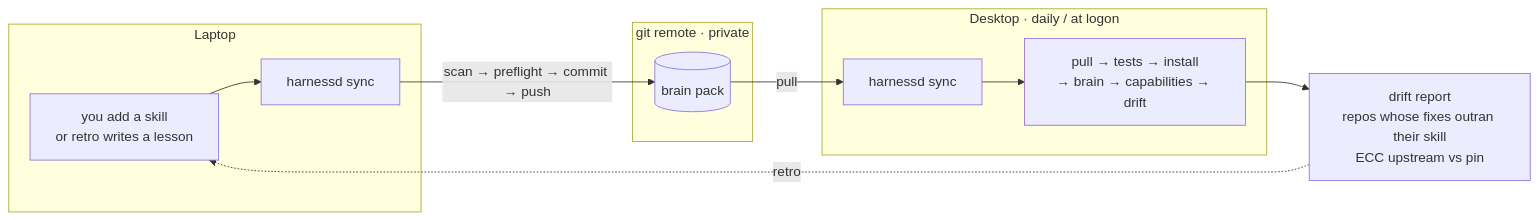
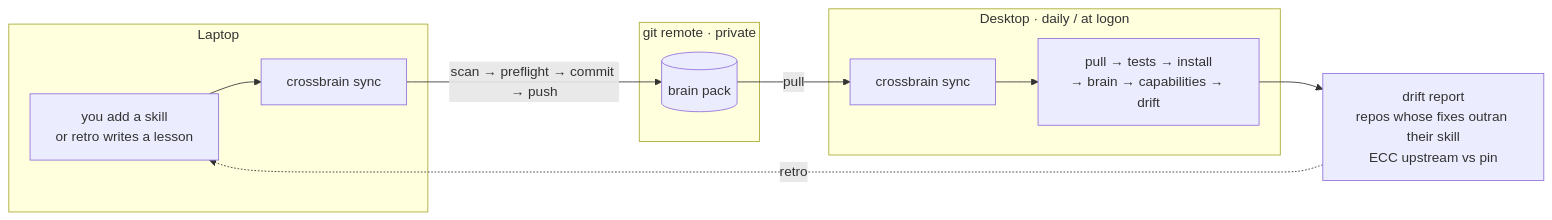
Before and after one commit to imodoiepale/crossbrain: the sixth of 7 diagrams in README.md, drawn with Mermaid. The commit also changed other lines of this file and 43 other files, not shown here.

First line of the commit message:
refactor: rename harnessd to crossbrain

````diff
--- a/README.md
+++ b/README.md
@@ -307,16 +307,16 @@
 ```mermaid
 flowchart LR
   subgraph M1["Laptop"]
-    A1["you add a skill<br/>or retro writes a lesson"] --> S1["harnessd sync"]
+    A1["you add a skill<br/>or retro writes a lesson"] --> S1["crossbrain sync"]
   end
   subgraph GIT["git remote · private"]
     R[("brain pack")]
   end
   subgraph M2["Desktop · daily / at logon"]
-    S2["harnessd sync"] --> I2["pull → tests → install<br/>→ brain → capabilities → drift"]
+    S2["crossbrain sync"] --> I2["pull → tests → install<br/>→ brain → capabilities → drift"]
   end
   S1 -- "scan → preflight → commit → push" --> R
   R -- pull --> S2
   I2 --> D["drift report<br/>repos whose fixes outran their skill<br/>ECC upstream vs pin"]
   D -. "retro" .-> A1
 ```
````
